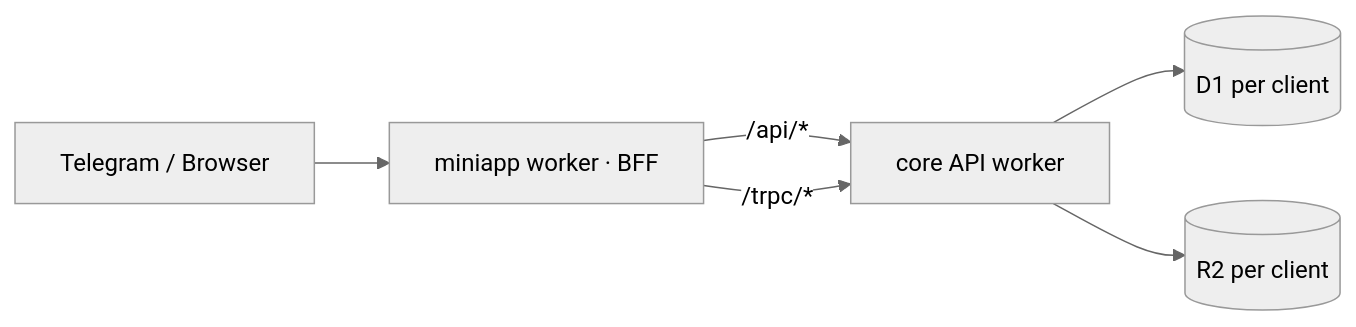
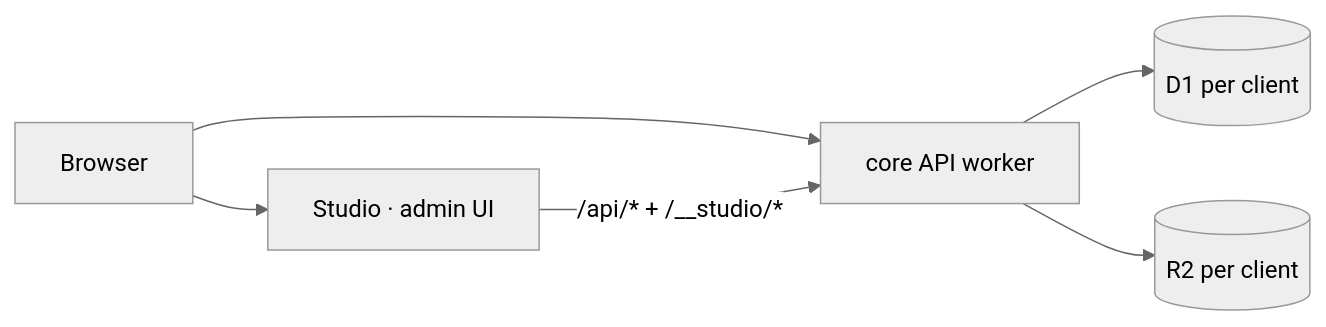
One commit to aungkyawkyawsoe/headless-erp changed the diagram in README.md. Above: the diagram before and after it, drawn with Mermaid (neutral theme). The commit also changed other lines of this file and 855 other files, not shown here.

````diff
--- a/README.md
+++ b/README.md
@@ -79,8 +80,8 @@
 ```mermaid
 graph LR
-    B[Telegram / Browser] --> M[miniapp worker · BFF]
-    M -->|/api/*| A[core API worker]
-    M -->|/trpc/*| A
+    B[Browser] --> S[Studio · admin UI]
+    B --> A[core API worker]
+    S -->|/api/* + /__studio/*| A
     A --> D1[(D1 per client)]
     A --> R2[(R2 per client)]
 ```
````
